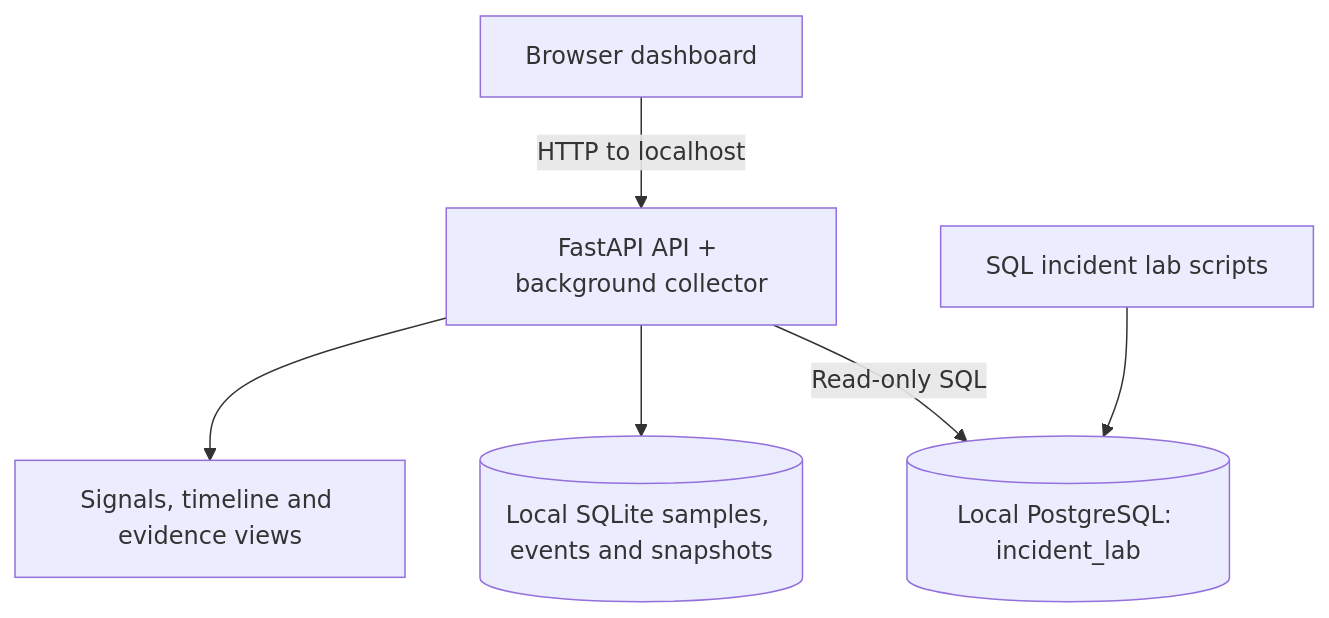
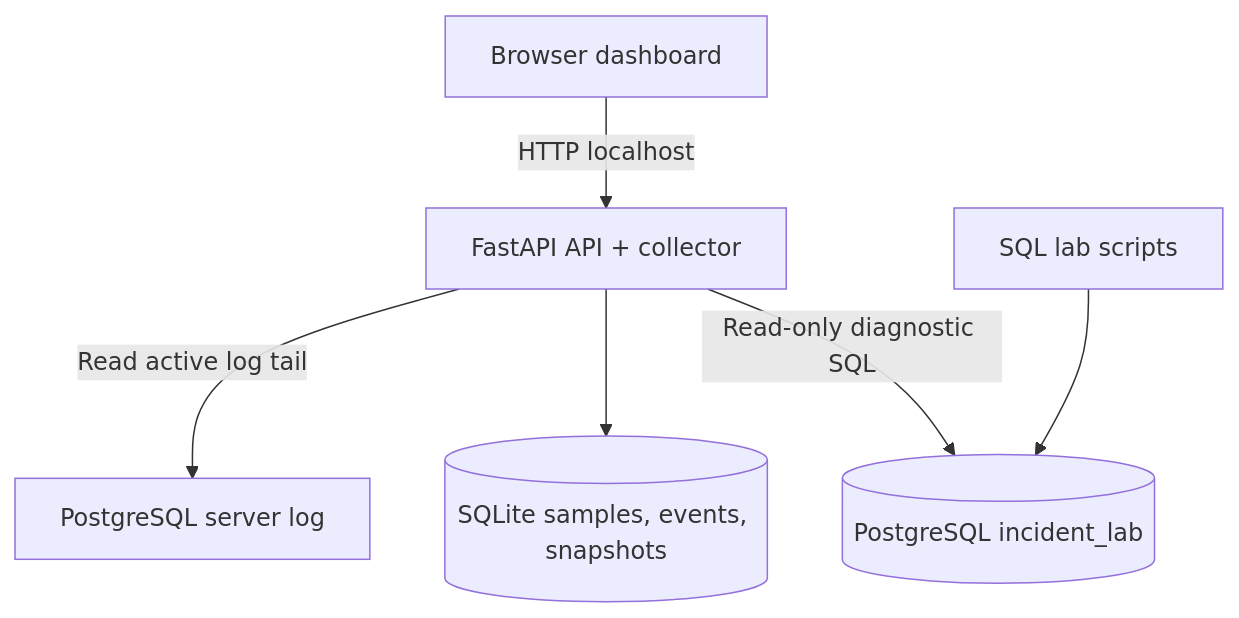
The diagram in README.md (Kiran-Kambale/DB-Incident-Replay), drawn with Mermaid before and after one commit. The commit also changed other lines of this file and 6 other files, not shown here.

````diff
--- a/README.md
+++ b/README.md
@@ -41,8 +32,8 @@
 ```mermaid
 flowchart TD
-    A[Browser dashboard] -->|HTTP to localhost| B[FastAPI API + background collector]
-    B -->|Read-only SQL| C[(Local PostgreSQL: incident_lab)]
-    B --> D[(Local SQLite samples, events and snapshots)]
-    E[SQL incident lab scripts] --> C
-    B --> F[Signals, timeline and evidence views]
+    A[Browser dashboard] -->|HTTP localhost| B[FastAPI API + collector]
+    B -->|Read-only diagnostic SQL| C[(PostgreSQL incident_lab)]
+    B --> D[(SQLite samples, events, snapshots)]
+    B -->|Read active log tail| E[PostgreSQL server log]
+    F[SQL lab scripts] --> C
 ```
````
